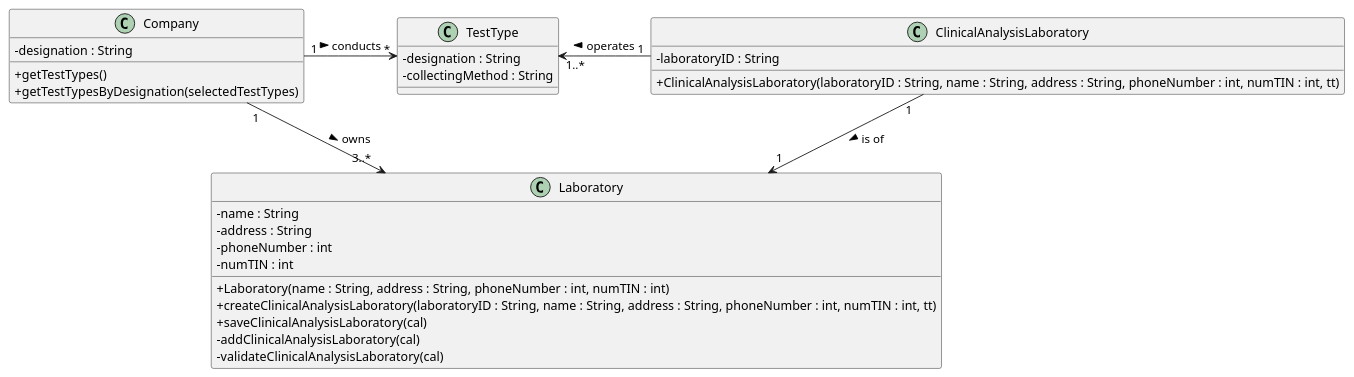
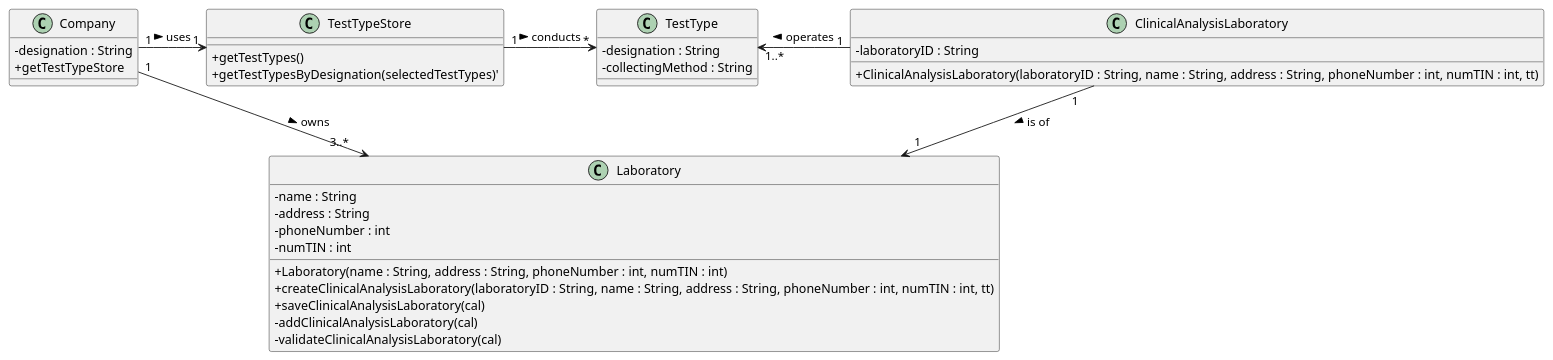
One commit to ana-albergaria/LAPR2-ISEP changed the diagram in docs/SprintB/US_8/US8_CD.puml. Above: the diagram before and after it, drawn with PlantUML. The commit also changed 2 other files, not shown here.

Commit message:
Correcting Diagrams part 2

```diff
--- a/docs/SprintB/US_8/US8_CD.puml
+++ b/docs/SprintB/US_8/US8_CD.puml
@@ -1,74 +1,82 @@
 @startuml
 skinparam classAttributeIconSize 0
 /'
 class App {
 +{static} getInstance() : App
 +getCurrentSession() : UserSession
 }
 '/
 /'
 class UserSession {
 +isLoggedInWithRole() : boolean
 }
 '/
 
 class Laboratory {
 -name : String
 -address : String
 -phoneNumber : int
 -numTIN : int
 +Laboratory(name : String, address : String, phoneNumber : int, numTIN : int)
 +createClinicalAnalysisLaboratory(laboratoryID : String, name : String, address : String, phoneNumber : int, numTIN : int, tt)
 +saveClinicalAnalysisLaboratory(cal)
 -addClinicalAnalysisLaboratory(cal)
 -validateClinicalAnalysisLaboratory(cal)
 }
 
 class ClinicalAnalysisLaboratory {
 -laboratoryID : String
 +ClinicalAnalysisLaboratory(laboratoryID : String, name : String, address : String, phoneNumber : int, numTIN : int, tt)
 }
 
 class TestType {
 -designation : String
 -collectingMethod : String
 }
 
 class Company {
 -designation : String
++getTestTypeStore
+/'+getTestTypes()
++getTestTypesByDesignation(selectedTestTypes)'/
+}
+class TestTypeStore {
 +getTestTypes()
-+getTestTypesByDesignation(selectedTestTypes)
++getTestTypesByDesignation(selectedTestTypes)'
 }
 
 /'class RegisterNewCalController {
 +getTestTypes()
 +createClinicalAnalysisLaboratory(laboratoryID : String, name : String, address : String, phoneNumber : int, numTIN : int, testTypesDesignations)
 +saveClinicalAnalysisLaboratory()
 }'/
 
 /'class RegisterNewCalUI {}'/
 
 /'RegisterNewCalUI ..> RegisterNewCalController'/
 /'RegisterNewCalController ..> Laboratory
 RegisterNewCalController ..> TestType
 RegisterNewCalController ..> ClinicalAnalysisLaboratory
 RegisterNewCalController ..> Company'/
 /'RegisterNewCalController ..> App
 RegisterNewCalController ..> UserSession'/
 
-Company "1" -> "*" TestType : conducts >
+
+
+Company "1" -> "1" TestTypeStore : uses >
+TestTypeStore "1" -> "*" TestType : conducts >
 /'VERIFICAR MULTIPLICIDADE LINHA ABAIXO'/
 ClinicalAnalysisLaboratory "1" --> "1" Laboratory : is of >
 Company "1" --> "3..*" Laboratory : owns >
 ClinicalAnalysisLaboratory "1" -> "1..*" TestType : operates >
 
 
 TestType -[hidden]down-> ClinicalAnalysisLaboratory
 
 /'Laboratory <|-- ClinicalAnalysisLaboratory'/
 
 
 
 
 
 @enduml
```
